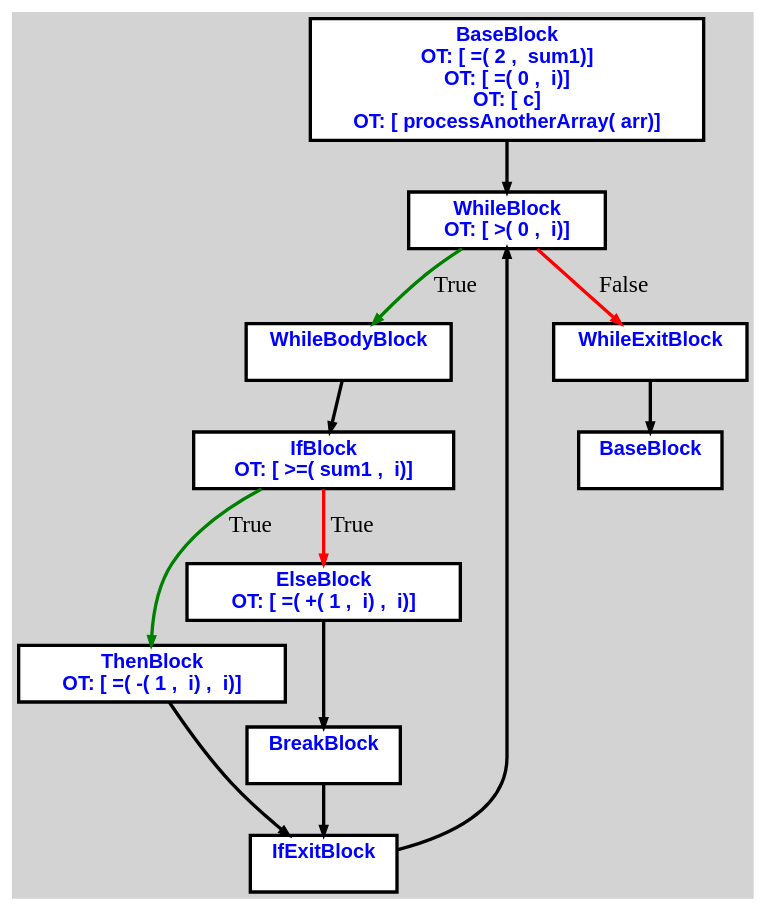
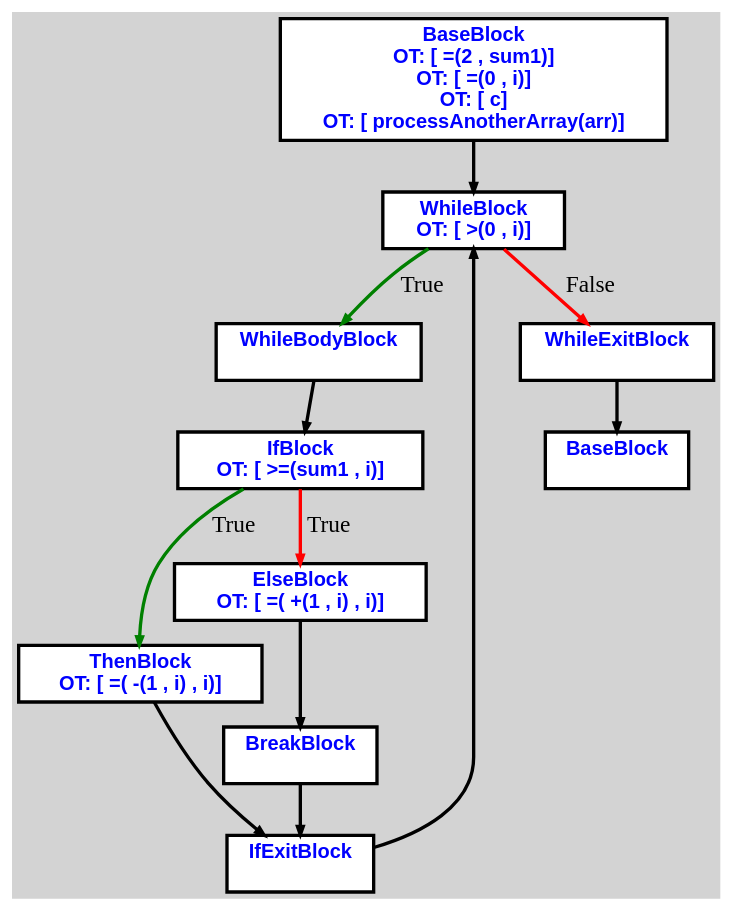
Before and after one commit to aveen007/CountingMonkeys: the diagram in cpoCompilerWin/input.txt.d.dot, drawn with Graphviz. The commit also changed 26 other files, not shown here.

```diff
--- a/cpoCompilerWin/input.txt.d.dot
+++ b/cpoCompilerWin/input.txt.d.dot
@@ -1,36 +1,36 @@
 digraph G {
 ordering=out;
 ranksep=.4;
 bgcolor="lightgrey";  node [shape=box, fixedsize=false, fontsize=12, fontname="Helvetica-bold", fontcolor="blue"
 width=.25, height=.25, color="black", fillcolor="white", style="filled, solid, bold"];
 
-edge [arrowsize=.5, color="black", style="bold"]    n00001220E9BA23C0 [label="BaseBlock\n OT: [ =( 2 ,  sum1)]
-OT: [ =( 0 ,  i)]
+edge [arrowsize=.5, color="black", style="bold"]    n000011E4799223C0 [label="BaseBlock\n OT: [ =(2 , sum1)]
+OT: [ =(0 , i)]
 OT: [ c]
-OT: [ processAnotherArray( arr)]
+OT: [ processAnotherArray(arr)]
 "]
-    n00001220E9BA2420 [label="WhileBlock\n OT: [ >( 0 ,  i)]
+    n000011E479922420 [label="WhileBlock\n OT: [ >(0 , i)]
 "]
-    n00001220E9BA23C0 -> n00001220E9BA2420
-	   n00001220E9BA2420 -> n00001220E9BA2480 [ label = "True" color="green"]
-    n00001220E9BA2480 [label="WhileBodyBlock\n "]
-    n00001220E9BA2540 [label="IfBlock\n OT: [ >=( sum1 ,  i)]
+    n000011E4799223C0 -> n000011E479922420
+	   n000011E479922420 -> n000011E479922480 [ label = "True" color="green"]
+    n000011E479922480 [label="WhileBodyBlock\n "]
+    n000011E479922540 [label="IfBlock\n OT: [ >=(sum1 , i)]
 "]
-    n00001220E9BA2480 -> n00001220E9BA2540
-    n00001220E9BA2540 -> n00001220E9BA25A0 [label="True" color="green"]
-    n00001220E9BA25A0 [label="ThenBlock\n OT: [ =( -( 1 ,  i) ,  i)]
+    n000011E479922480 -> n000011E479922540
+    n000011E479922540 -> n000011E4799225A0 [label="True" color="green"]
+    n000011E4799225A0 [label="ThenBlock\n OT: [ =( -(1 , i) , i)]
 "]
-    n00001220E9BA26C0 [label="IfExitBlock\n "]
-    n00001220E9BA25A0 -> n00001220E9BA26C0
-    n00001220E9BA26C0 -> n00001220E9BA2420
-    n00001220E9BA2540 -> n00001220E9BA2600 [label="True" color="red"]
-    n00001220E9BA2600 [label="ElseBlock\n OT: [ =( +( 1 ,  i) ,  i)]
+    n000011E4799226C0 [label="IfExitBlock\n "]
+    n000011E4799225A0 -> n000011E4799226C0
+    n000011E4799226C0 -> n000011E479922420
+    n000011E479922540 -> n000011E479922600 [label="True" color="red"]
+    n000011E479922600 [label="ElseBlock\n OT: [ =( +(1 , i) , i)]
 "]
-    n00001220E9BA2660 [label="BreakBlock\n "]
-    n00001220E9BA2600 -> n00001220E9BA2660
-    n00001220E9BA2660 -> n00001220E9BA26C0
-	   n00001220E9BA2420 -> n00001220E9BA24E0 [ label = "False" color="red"]
-    n00001220E9BA24E0 [label="WhileExitBlock\n "]
-    n00001220E9BA2720 [label="BaseBlock\n "]
-    n00001220E9BA24E0 -> n00001220E9BA2720
+    n000011E479922660 [label="BreakBlock\n "]
+    n000011E479922600 -> n000011E479922660
+    n000011E479922660 -> n000011E4799226C0
+	   n000011E479922420 -> n000011E4799224E0 [ label = "False" color="red"]
+    n000011E4799224E0 [label="WhileExitBlock\n "]
+    n000011E479922720 [label="BaseBlock\n "]
+    n000011E4799224E0 -> n000011E479922720
 }
```
